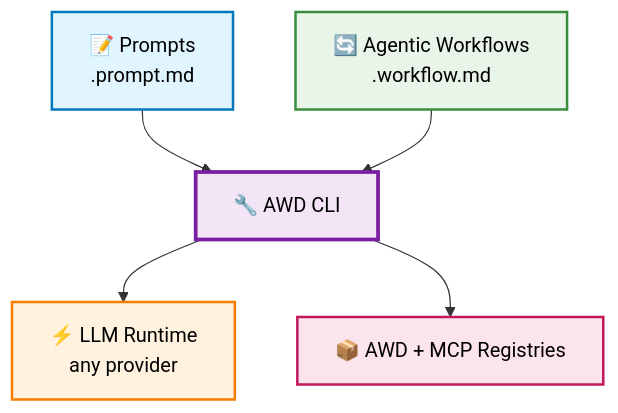
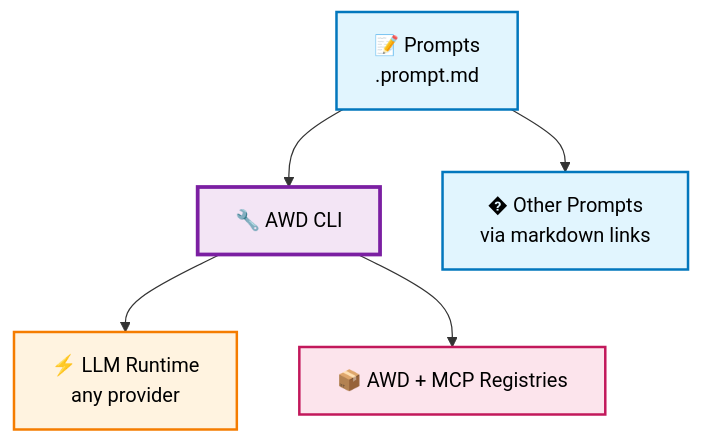
Before and after one commit to danielmeppiel/apm-cli: the diagram in README.md, drawn with Mermaid. The commit also changed other lines of this file, not shown here.

Commit message:
fix: Update README to clarify agentic workflows and improve prompt descriptions

````diff
--- a/README.md
+++ b/README.md
@@ -130,13 +134,13 @@
 ```mermaid
 graph TD
     A[📝 Prompts<br/>.prompt.md] --> B[🔧 AWD CLI]
-    C[🔄 Agentic Workflows<br/>.workflow.md] --> B
+    A --> A2[� Other Prompts<br/>via markdown links]
     B --> D[⚡ LLM Runtime<br/>any provider]
     B --> E[📦 AWD + MCP Registries]
     
     style A fill:#e1f5fe,stroke:#0277bd,stroke-width:2px,color:#000
+    style A2 fill:#e1f5fe,stroke:#0277bd,stroke-width:2px,color:#000
     style B fill:#f3e5f5,stroke:#7b1fa2,stroke-width:3px,color:#000
-    style C fill:#e8f5e8,stroke:#388e3c,stroke-width:2px,color:#000
     style D fill:#fff3e0,stroke:#f57c00,stroke-width:2px,color:#000
     style E fill:#fce4ec,stroke:#c2185b,stroke-width:2px,color:#000
 ```
````
